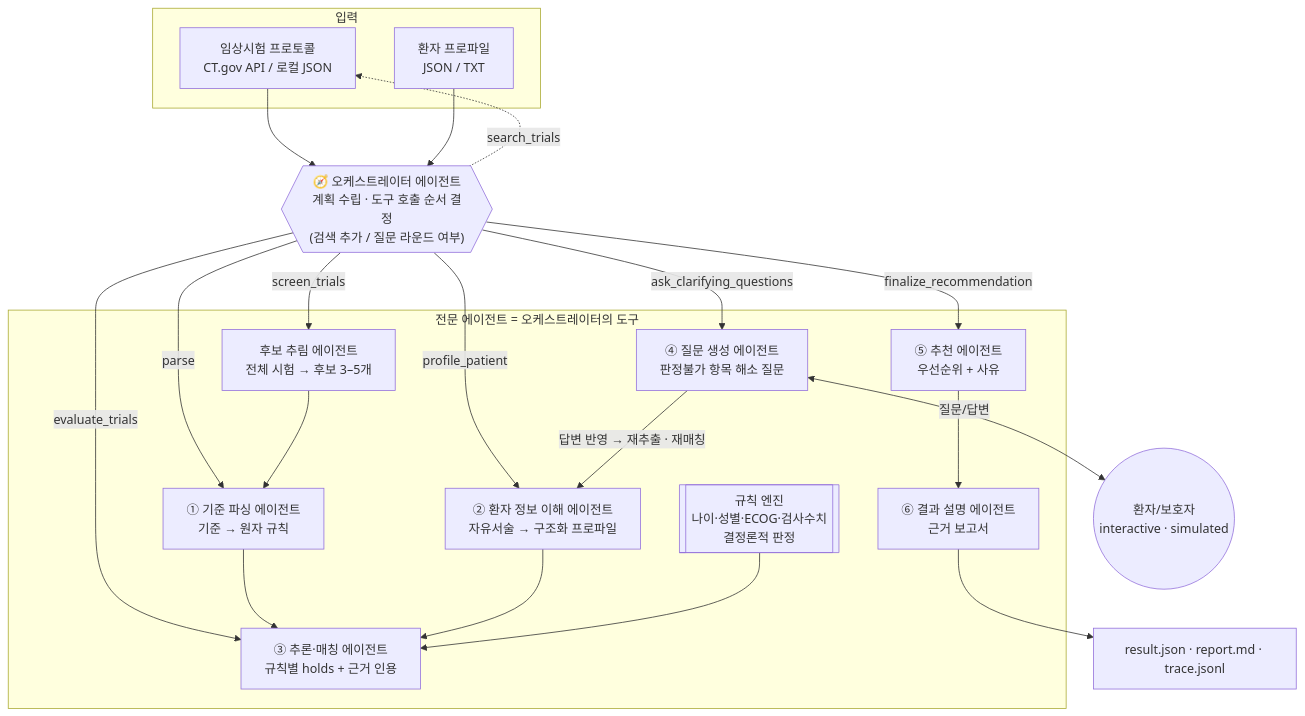
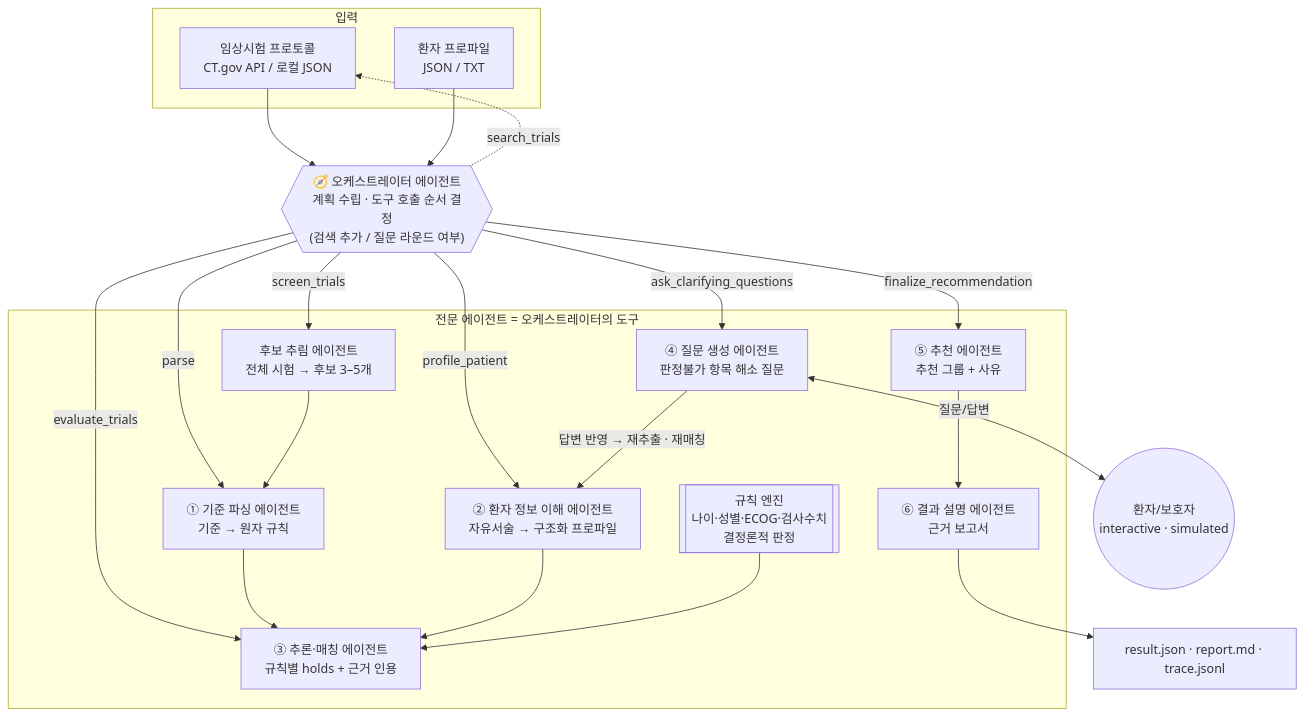
The first of 2 diagrams in README.md (rlaehdrua/clinical-recommendation-multi-agent-ai), drawn with Mermaid before and after one commit. The commit also changed other lines of this file and 35 other files, not shown here.

````diff
--- a/README.md
+++ b/README.md
@@ -37,41 +39,41 @@
 ```mermaid
 flowchart TB
     subgraph IN[입력]
         T[임상시험 프로토콜<br/>CT.gov API / 로컬 JSON]
         P[환자 프로파일<br/>JSON / TXT]
     end
 
     O{{"🧭 오케스트레이터 에이전트<br/>계획 수립 · 도구 호출 순서 결정<br/>(검색 추가 / 질문 라운드 여부)"}}
 
     subgraph AG[전문 에이전트 = 오케스트레이터의 도구]
         A0[후보 추림 에이전트<br/>전체 시험 → 후보 3–5개]
         A1[① 기준 파싱 에이전트<br/>기준 → 원자 규칙]
         A2[② 환자 정보 이해 에이전트<br/>자유서술 → 구조화 프로파일]
         RE[[규칙 엔진<br/>나이·성별·ECOG·검사수치<br/>결정론적 판정]]
         A3[③ 추론·매칭 에이전트<br/>규칙별 holds + 근거 인용]
         A4[④ 질문 생성 에이전트<br/>판정불가 항목 해소 질문]
-        A5[⑤ 추천 에이전트<br/>우선순위 + 사유]
+        A5[⑤ 추천 에이전트<br/>추천 그룹 + 사유]
         A6[⑥ 결과 설명 에이전트<br/>근거 보고서]
     end
 
     U((환자/보호자<br/>interactive · simulated))
     OUT[result.json · report.md · trace.jsonl]
 
     T --> O
     P --> O
     O -->|parse| A1
     O -->|profile_patient| A2
     O -->|screen_trials| A0
     A0 --> A1
     O -->|evaluate_trials| A3
     A1 --> A3
     A2 --> A3
     RE --> A3
     O -->|ask_clarifying_questions| A4
     A4 <-->|질문/답변| U
     A4 -->|답변 반영 → 재추출 · 재매칭| A2
     O -->|finalize_recommendation| A5
     A5 --> A6
     A6 --> OUT
     O -. search_trials .-> T
 ```
````
